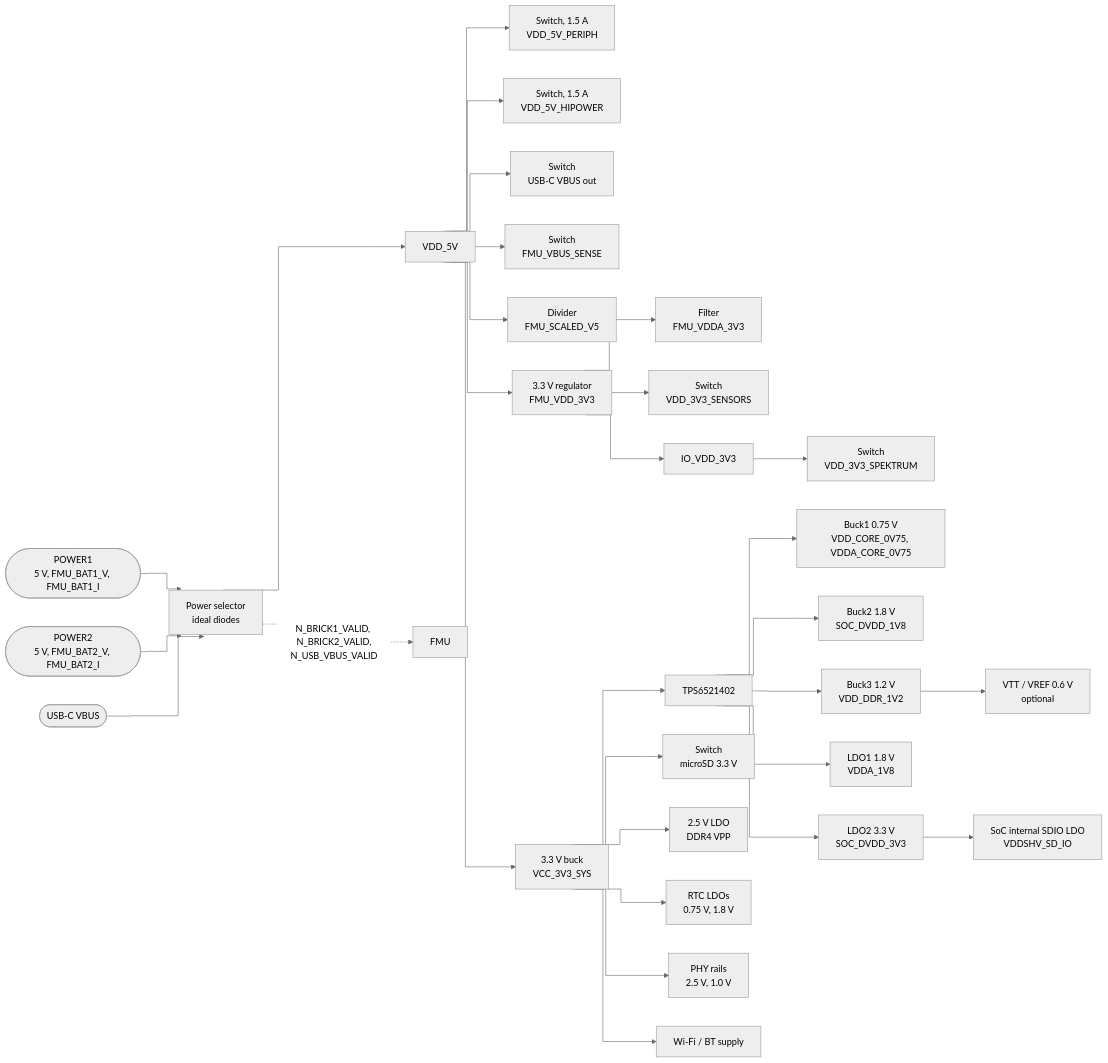
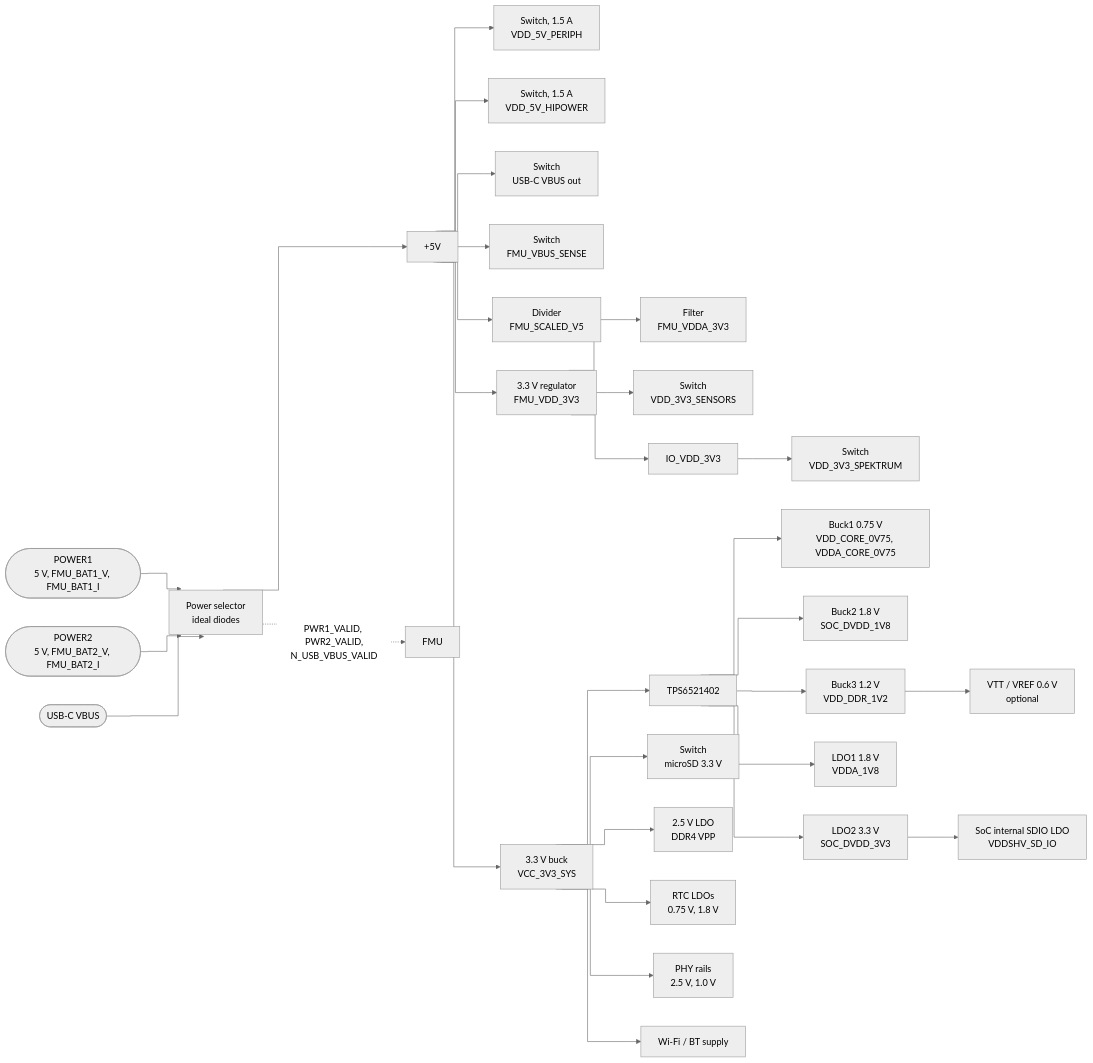
One commit to JustBrenkman/sora changed the fourth of 4 diagrams in projects/pinion/specs/diagrams/block-diagram.md. Above: the diagram before and after it, drawn with Mermaid (neutral theme). The commit also changed 8 other files, not shown here.

````diff
--- a/projects/pinion/specs/diagrams/block-diagram.md
+++ b/projects/pinion/specs/diagrams/block-diagram.md
@@ -153,36 +153,36 @@
 ```mermaid
 %%{init: {"flowchart": {"curve": "step"}}}%%
 flowchart LR
     PM1([POWER1<br/>5 V, FMU_BAT1_V, FMU_BAT1_I]) --> SEL[Power selector<br/>ideal diodes]
     PM2([POWER2<br/>5 V, FMU_BAT2_V, FMU_BAT2_I]) --> SEL
     USBV([USB-C VBUS]) --> SEL
-    SEL --> BUCK5[VDD_5V]
-    SEL -.->|N_BRICK1_VALID, N_BRICK2_VALID,<br/>N_USB_VBUS_VALID| VAL[FMU]
+    SEL --> BUCK5[+5V]
+    SEL -.->|PWR1_VALID, PWR2_VALID,<br/>N_USB_VBUS_VALID| VAL[FMU]
 
     BUCK5 --> P5[Switch, 1.5 A<br/>VDD_5V_PERIPH]
     BUCK5 --> H5[Switch, 1.5 A<br/>VDD_5V_HIPOWER]
     BUCK5 --> U5[Switch<br/>USB-C VBUS out]
     BUCK5 --> F5[Switch<br/>FMU_VBUS_SENSE]
     BUCK5 --> SCAL[Divider<br/>FMU_SCALED_V5]
 
     BUCK5 --> F33[3.3 V regulator<br/>FMU_VDD_3V3]
     F33 --> FA[Filter<br/>FMU_VDDA_3V3]
     F33 --> S33[Switch<br/>VDD_3V3_SENSORS]
     F33 --> I33[IO_VDD_3V3]
     I33 --> SPK[Switch<br/>VDD_3V3_SPEKTRUM]
 
     BUCK5 --> B33[3.3 V buck<br/>VCC_3V3_SYS]
     B33 --> PMIC[TPS6521402]
     PMIC --> C[Buck1 0.75 V<br/>VDD_CORE_0V75, VDDA_CORE_0V75]
     PMIC --> D18[Buck2 1.8 V<br/>SOC_DVDD_1V8]
     PMIC --> DDR[Buck3 1.2 V<br/>VDD_DDR_1V2]
     PMIC --> A18[LDO1 1.8 V<br/>VDDA_1V8]
     PMIC --> D33[LDO2 3.3 V<br/>SOC_DVDD_3V3]
     D33 --> SDL[SoC internal SDIO LDO<br/>VDDSHV_SD_IO]
     B33 --> SDP[Switch<br/>microSD 3.3 V]
     B33 --> VPP[2.5 V LDO<br/>DDR4 VPP]
     DDR --> VTT[VTT / VREF 0.6 V<br/>optional]
     B33 --> RTC[RTC LDOs<br/>0.75 V, 1.8 V]
     B33 --> PHYR[PHY rails<br/>2.5 V, 1.0 V]
     B33 --> WLR[Wi-Fi / BT supply]
 ```
````
